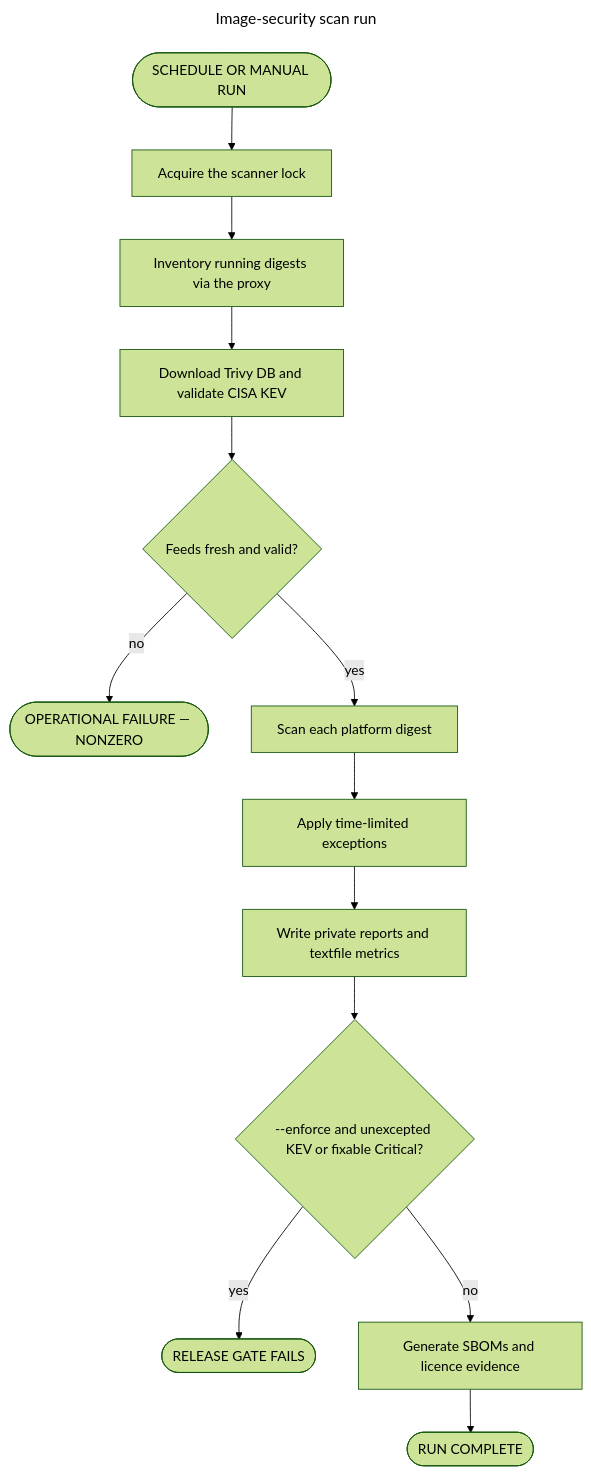
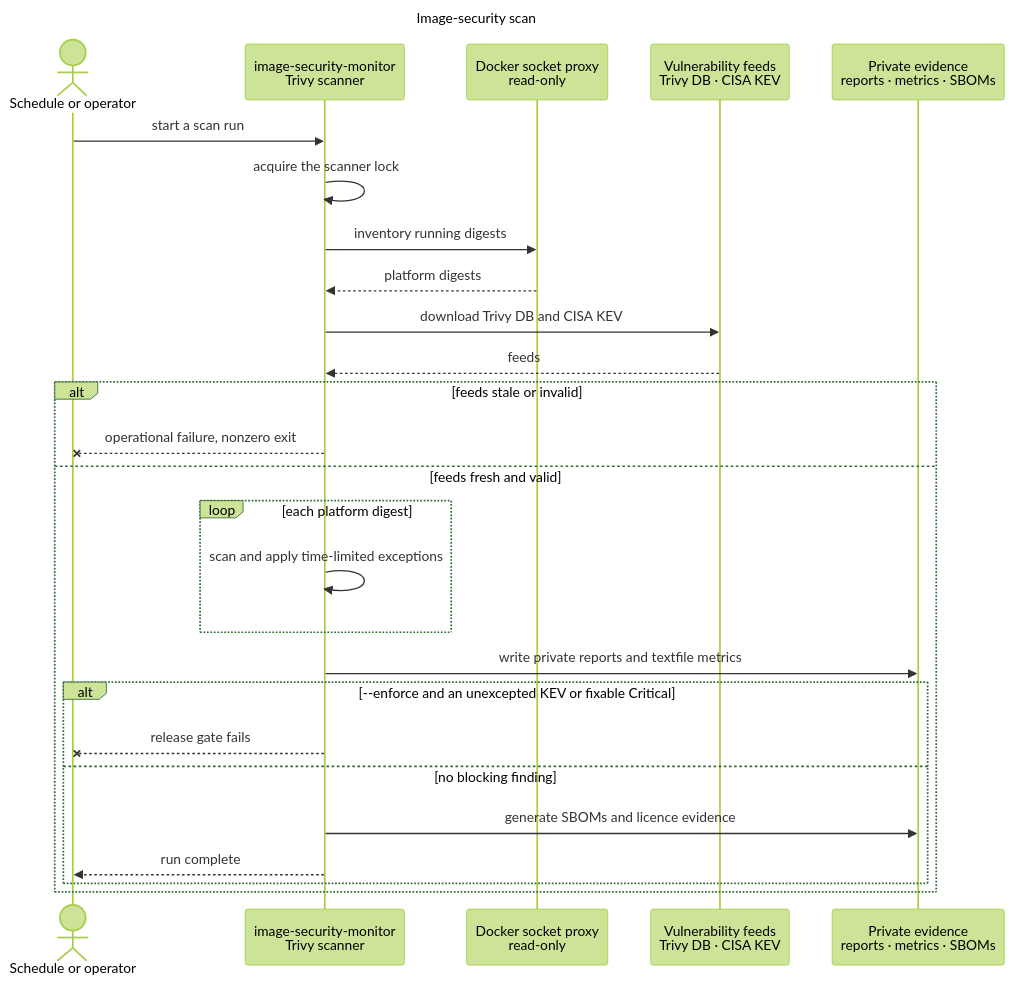
The diagram in diagrams/16-image-scan-flow.mmd (bella-1337/effective-spoon), drawn with Mermaid (forest theme) before and after one commit. The commit also changed 27 other files, not shown here.

First line of the commit message:
Draw the flow diagrams as animated sequence diagrams

```diff
--- a/diagrams/16-image-scan-flow.mmd
+++ b/diagrams/16-image-scan-flow.mmd
@@ -1,34 +1,37 @@
 ---
-title: Image-security scan run
+title: Image-security scan
 ---
-flowchart TD
+sequenceDiagram
   %% Source for 16-image-scan-flow.html. Edit this file, then run ./scripts/render-diagrams.py.
   %% Directives: docs in diagrams/README.md (Updating diagrams).
   %% @subtitle One scheduled or manual run of the fail-closed image scanner
+  %% @type security: MON
+  %% @type cloud: PX
+  %% @type external: FEED
+  %% @type database: OUT
+  actor TRG as Schedule or operator
+  participant MON as image-security-monitor<br/>Trivy scanner
+  participant PX as Docker socket proxy<br/>read-only
+  participant FEED as Vulnerability feeds<br/>Trivy DB · CISA KEV
+  participant OUT as Private evidence<br/>reports · metrics · SBOMs
 
-  S(["SCHEDULE OR MANUAL RUN"])
-  LOCK["Acquire the scanner lock"]
-  INV["Inventory running digests via the proxy"]
-  FEED["Download Trivy DB and validate CISA KEV"]
-  FOK{"Feeds fresh and valid?"}
-  FAIL(["OPERATIONAL FAILURE — NONZERO"])
-  SCAN["Scan each platform digest"]
-  EXC["Apply time-limited exceptions"]
-  OUT["Write private reports and textfile metrics"]
-  ENF{"--enforce and unexcepted KEV or fixable Critical?"}
-  GATE(["RELEASE GATE FAILS"])
-  SBOM["Generate SBOMs and licence evidence"]
-  E(["RUN COMPLETE"])
-
-  S --> LOCK
-  LOCK --> INV
-  INV --> FEED
-  FEED --> FOK
-  FOK -->|"no"| FAIL
-  FOK -->|"yes"| SCAN
-  SCAN --> EXC
-  EXC --> OUT
-  OUT --> ENF
-  ENF -->|"yes"| GATE
-  ENF -->|"no"| SBOM
-  SBOM --> E
+  TRG->>MON: start a scan run
+  MON->>MON: acquire the scanner lock
+  MON->>PX: inventory running digests
+  PX-->>MON: platform digests
+  MON->>FEED: download Trivy DB and CISA KEV
+  FEED-->>MON: feeds
+  alt feeds stale or invalid
+    MON--xTRG: operational failure, nonzero exit
+  else feeds fresh and valid
+    loop each platform digest
+      MON->>MON: scan and apply time-limited exceptions
+    end
+    MON->>OUT: write private reports and textfile metrics
+    alt --enforce and an unexcepted KEV or fixable Critical
+      MON--xTRG: release gate fails
+    else no blocking finding
+      MON->>OUT: generate SBOMs and licence evidence
+      MON-->>TRG: run complete
+    end
+  end
```
